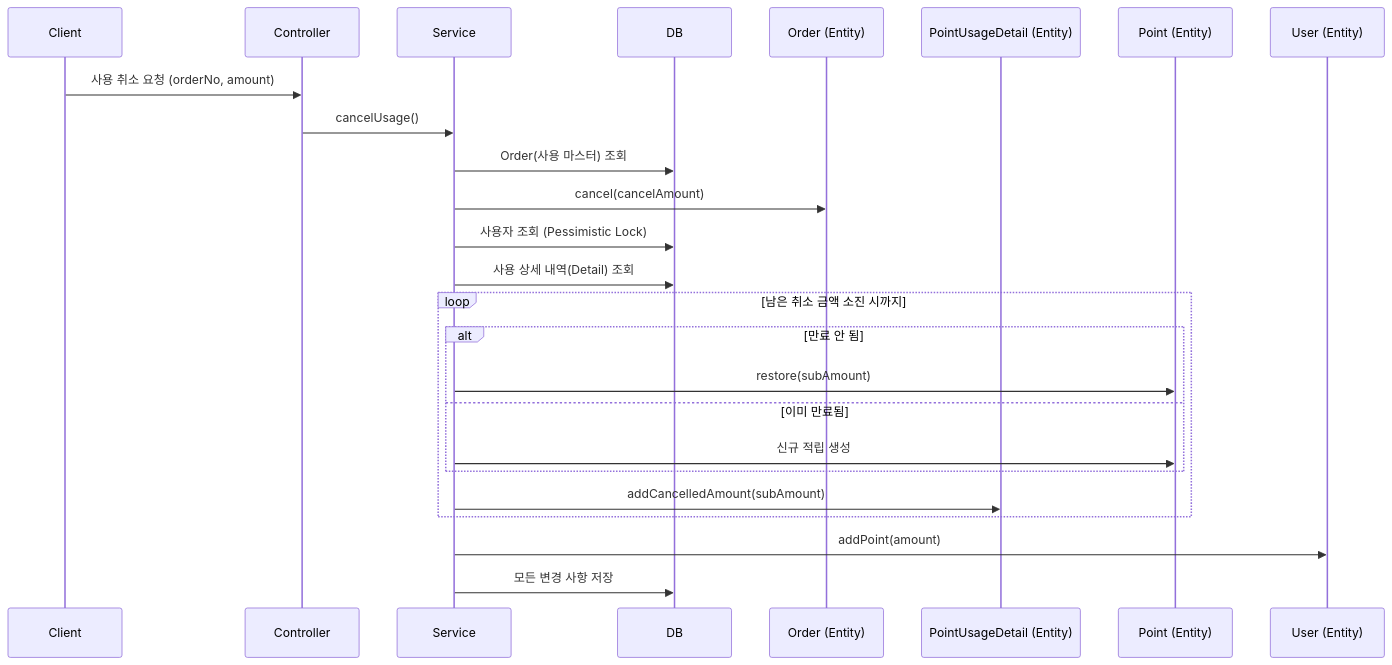
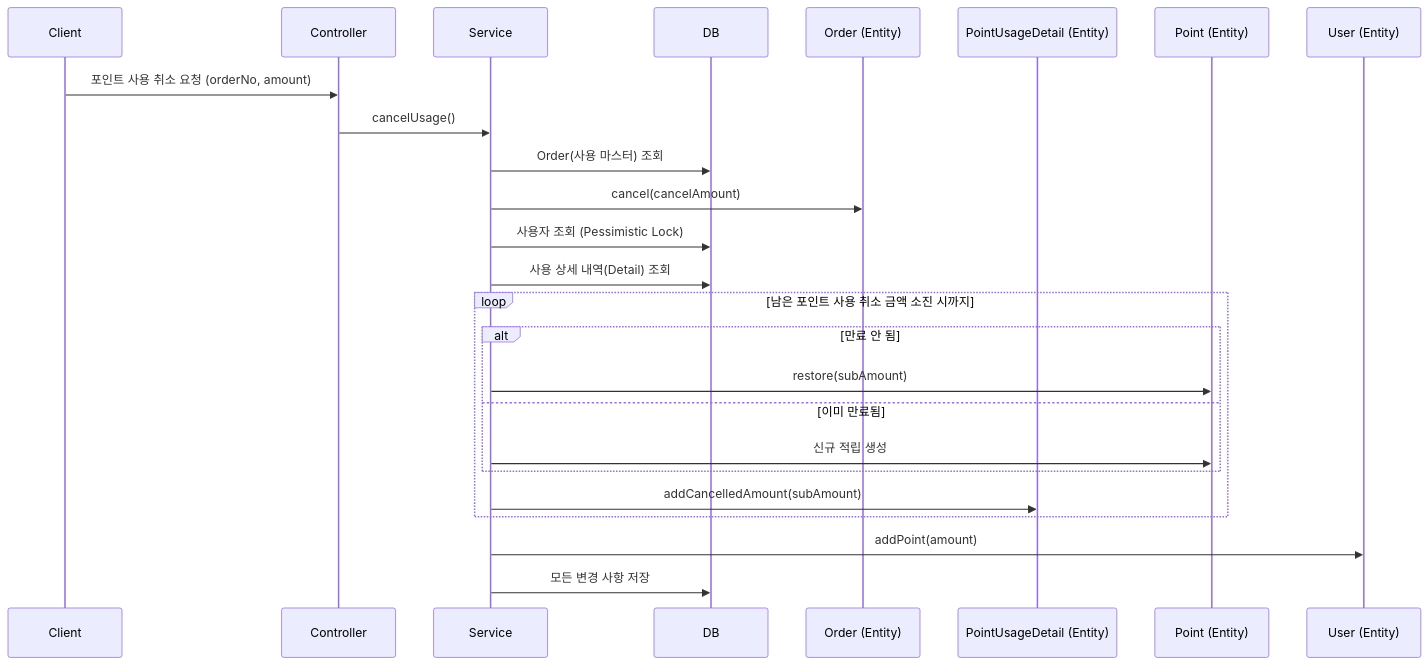
One commit to muzzaiwork/point changed the fourth of 4 diagrams in README.md. Above: the diagram before and after it, drawn with Mermaid. The commit also changed other lines of this file and 9 other files, not shown here.

````diff
--- a/README.md
+++ b/README.md
@@ -236,28 +321,28 @@
 ```mermaid
 sequenceDiagram
     participant Client
     participant Controller
     participant Service
     participant DB
     participant OrderEntity as Order (Entity)
     participant DetailEntity as PointUsageDetail (Entity)
     participant PointEntity as Point (Entity)
     participant UserEntity as User (Entity)
 
-    Client->>Controller: 사용 취소 요청 (orderNo, amount)
+    Client->>Controller: 포인트 사용 취소 요청 (orderNo, amount)
     Controller->>Service: cancelUsage()
     Service->>DB: Order(사용 마스터) 조회
     Service->>OrderEntity: cancel(cancelAmount)
     Service->>DB: 사용자 조회 (Pessimistic Lock)
     Service->>DB: 사용 상세 내역(Detail) 조회
-    loop 남은 취소 금액 소진 시까지
+    loop 남은 포인트 사용 취소 금액 소진 시까지
         alt 만료 안 됨
             Service->>PointEntity: restore(subAmount)
         else 이미 만료됨
             Service->>PointEntity: 신규 적립 생성
         end
         Service->>DetailEntity: addCancelledAmount(subAmount)
     end
     Service->>UserEntity: addPoint(amount)
     Service->>DB: 모든 변경 사항 저장
 ```
````
